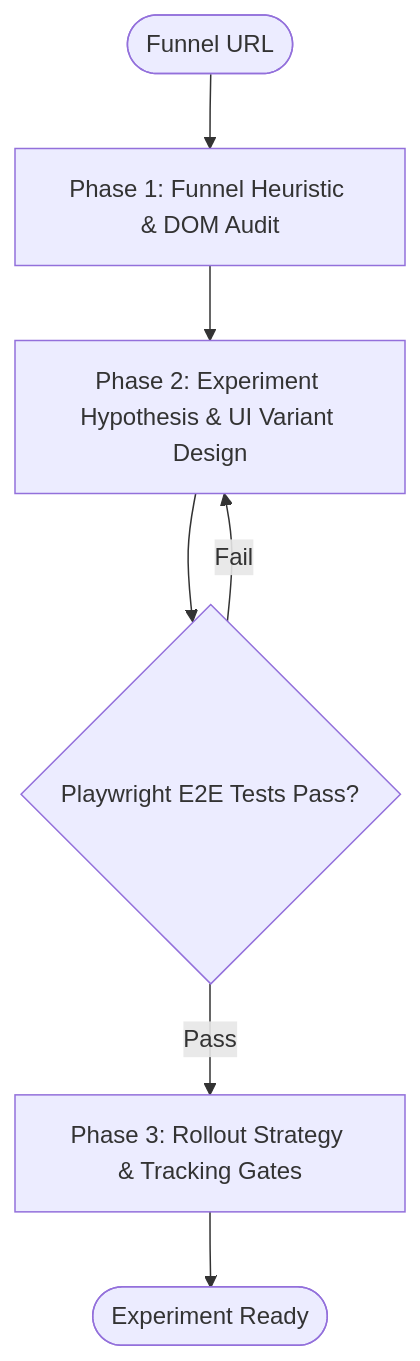
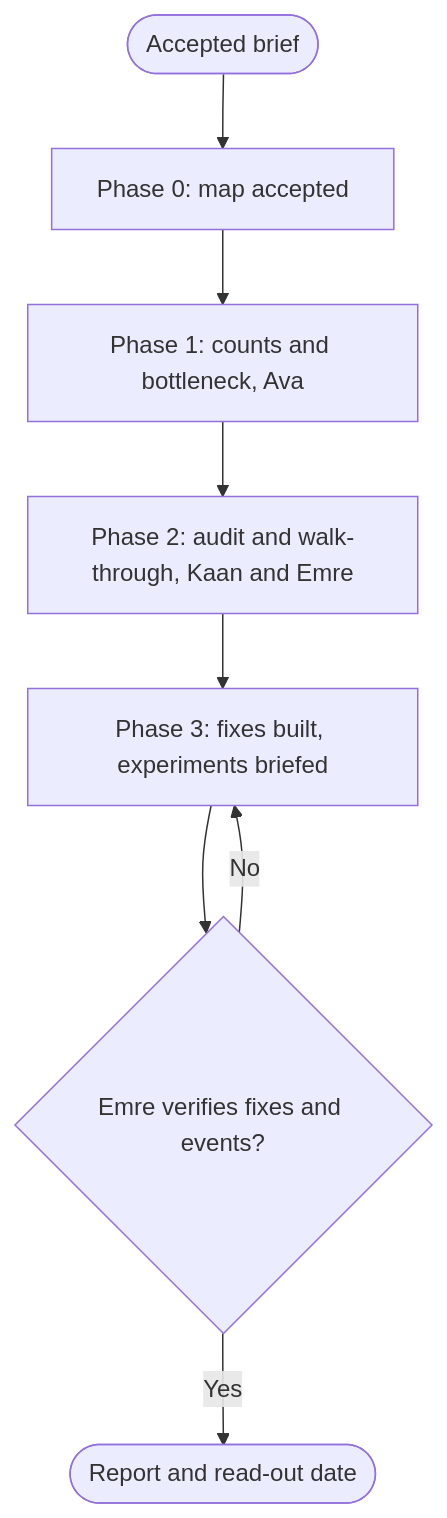
One commit to NeoAnthropocene/agents-united changed the diagram in registry/skills/workflow-agency-cro-funnel-teardown/SKILL.md. Above: the diagram before and after it, drawn with Mermaid. The commit also changed other lines of this file and 14 other files, not shown here.

````diff
--- a/registry/skills/workflow-agency-cro-funnel-teardown/SKILL.md
+++ b/registry/skills/workflow-agency-cro-funnel-teardown/SKILL.md
@@ -21,9 +25,10 @@
 ```mermaid
 graph TD
-    Start([Funnel URL]) --> P1[Phase 1: Funnel Heuristic & DOM Audit]
-    P1 --> P2[Phase 2: Experiment Hypothesis & UI Variant Design]
-    P2 --> Gate1{"Playwright E2E Tests Pass?"}
-    Gate1 -->|Fail| P2
-    Gate1 -->|Pass| P3[Phase 3: Rollout Strategy & Tracking Gates]
-    P3 --> Done([Experiment Ready])
+    B([Accepted brief]) --> P0[Phase 0: map accepted]
+    P0 --> P1[Phase 1: counts and bottleneck, Ava]
+    P1 --> P2[Phase 2: audit and walk-through, Kaan and Emre]
+    P2 --> P3[Phase 3: fixes built, experiments briefed]
+    P3 --> G{Emre verifies fixes and events?}
+    G -->|No| P3
+    G -->|Yes| Done([Report and read-out date])
 ```
````
